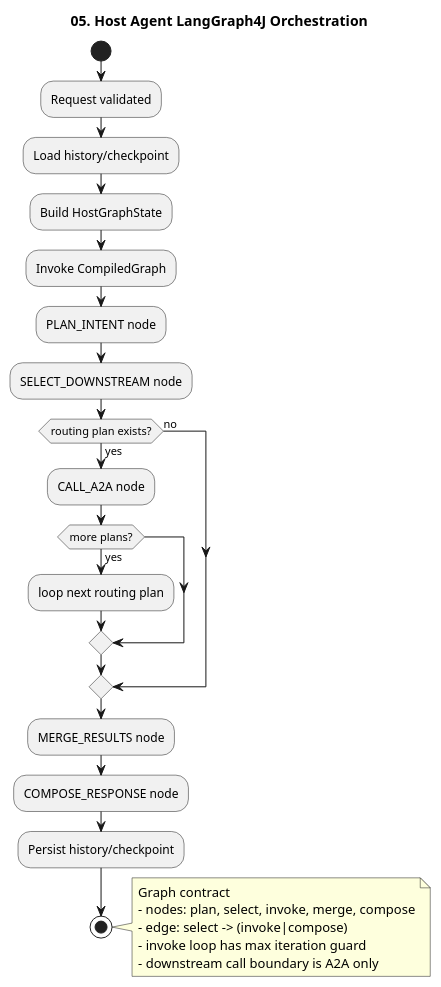
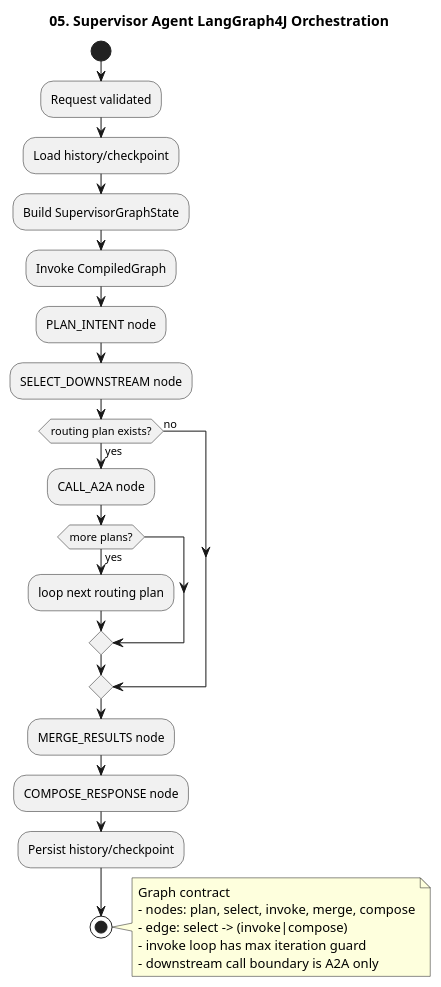
One commit to kim57uak/spring-ai changed the diagram in documents/a2a-host_agent-architecture/05-langgraph-orchestration.puml. Above: the diagram before and after it, drawn with PlantUML. The commit also changed 131 other files, not shown here.

Commit message:
feat: add supervisor A2A orchestration and architecture updates

```diff
--- a/documents/a2a-host_agent-architecture/05-langgraph-orchestration.puml
+++ b/documents/a2a-host_agent-architecture/05-langgraph-orchestration.puml
@@ -1,39 +1,39 @@
 @startuml
 !pragma layout smetana
-title 05. Host Agent LangGraph4J Orchestration
+title 05. Supervisor Agent LangGraph4J Orchestration
 
 skinparam shadowing false
 
 start
 
 :Request validated;
 :Load history/checkpoint;
-:Build HostGraphState;
+:Build SupervisorGraphState;
 :Invoke CompiledGraph;
 
 :PLAN_INTENT node;
 :SELECT_DOWNSTREAM node;
 
 if (routing plan exists?) then (yes)
   :CALL_A2A node;
   if (more plans?) then (yes)
     :loop next routing plan;
   endif
 else (no)
 endif
 
 :MERGE_RESULTS node;
 :COMPOSE_RESPONSE node;
 :Persist history/checkpoint;
 
 stop
 
 note right
 Graph contract
 - nodes: plan, select, invoke, merge, compose
 - edge: select -> (invoke|compose)
 - invoke loop has max iteration guard
 - downstream call boundary is A2A only
 end note
 
 @enduml
```
